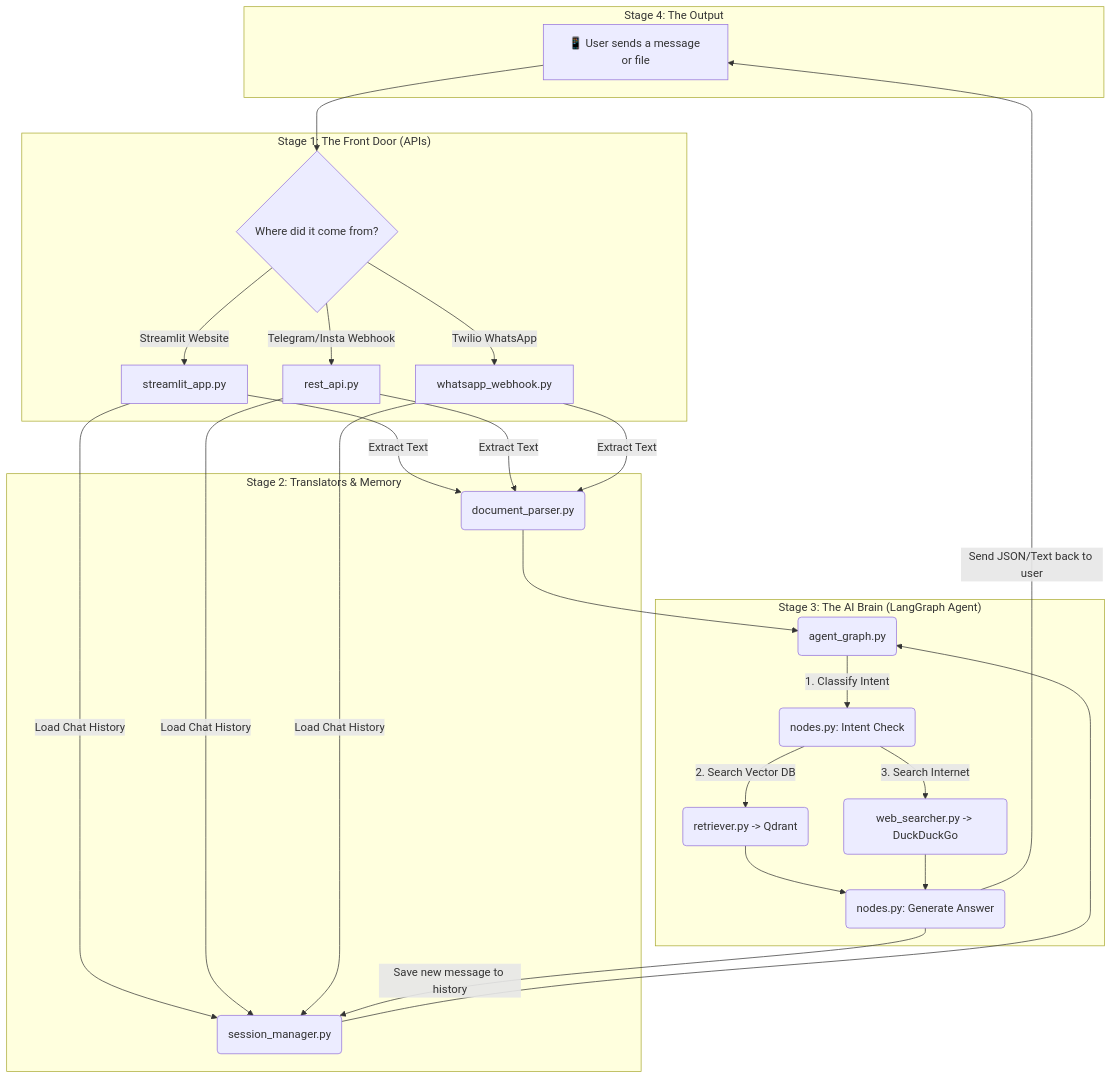
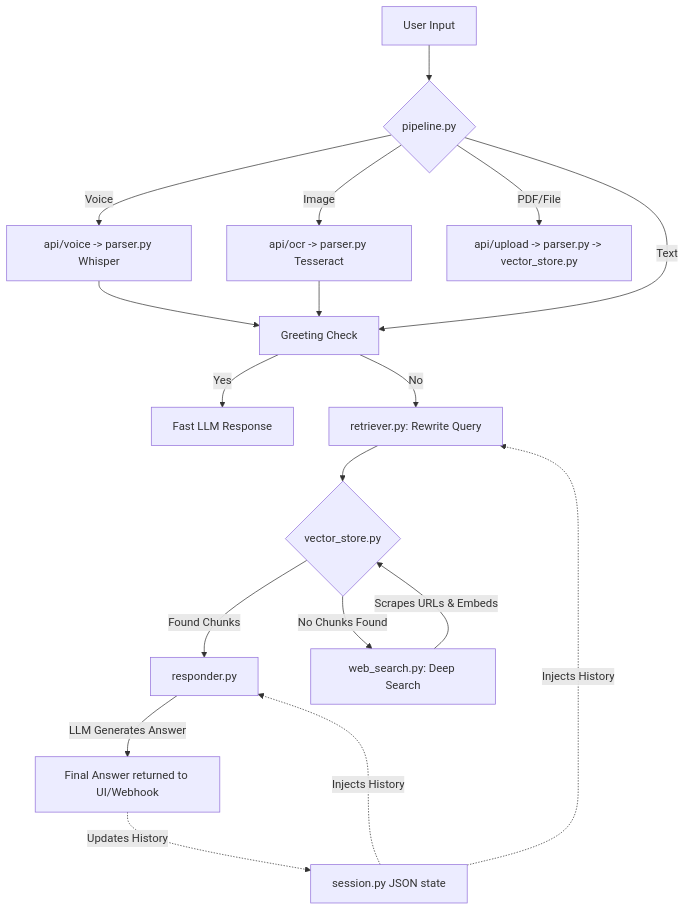
One commit to hatimsidhpurwala/Web-RAG changed the diagram in README.md. Above: the diagram before and after it, drawn with Mermaid. The commit also changed other lines of this file and 82 other files, not shown here.

Commit message:
feat: complete multi-user Web-RAG system with multi-model support and audio

````diff
--- a/README.md
+++ b/README.md
@@ -24,43 +76,29 @@
 ```mermaid
 graph TD
-    %% Users / Platforms
-    User[📱 User sends a message or file] --> FrontDoor
-
-    %% Stage 1: Front Door
-    subgraph "Stage 1: The Front Door (APIs)"
-        FrontDoor{Where did it come from?}
-        FrontDoor -->|Streamlit Website| UI[streamlit_app.py]
-        FrontDoor -->|Telegram/Insta Webhook| API[rest_api.py]
-        FrontDoor -->|Twilio WhatsApp| WA[whatsapp_webhook.py]
-    end
-
-    %% Stage 2: Processing
-    subgraph "Stage 2: Translators & Memory"
-        UI --> |Extract Text| Parser(document_parser.py)
-        API --> |Extract Text| Parser
-        WA --> |Extract Text| Parser
-        
-        UI --> |Load Chat History| Mem(session_manager.py)
-        API --> |Load Chat History| Mem
-        WA --> |Load Chat History| Mem
-    end
-
-    %% Stage 3: The Brain (LangGraph)
-    subgraph "Stage 3: The AI Brain (LangGraph Agent)"
-        Parser --> Brain(agent_graph.py)
-        Mem --> Brain
-        
-        Brain -->|1. Classify Intent| Nodes1(nodes.py: Intent Check)
-        Nodes1 -->|2. Search Vector DB| Retriever(retriever.py -> Qdrant)
-        Nodes1 -->|3. Search Internet| Web(web_searcher.py -> DuckDuckGo)
-        
-        Retriever --> Synthesizer(nodes.py: Generate Answer)
-        Web --> Synthesizer
-    end
-
-    %% Stage 4: Output
-    subgraph "Stage 4: The Output"
-        Synthesizer --> |Save new message to history| Mem
-        Synthesizer --> |Send JSON/Text back to user| User
-    end
+    A[User Input] --> B{pipeline.py}
+    
+    %% Input Routes
+    B -->|Voice| V[api/voice -> parser.py Whisper]
+    B -->|Image| I[api/ocr -> parser.py Tesseract]
+    B -->|PDF/File| F[api/upload -> parser.py -> vector_store.py]
+    B -->|Text| C[Greeting Check]
+    
+    %% Processing
+    V --> C
+    I --> C
+    
+    C -->|Yes| G[Fast LLM Response]
+    C -->|No| R[retriever.py: Rewrite Query]
+    
+    R --> S{vector_store.py}
+    S -->|Found Chunks| P[responder.py]
+    S -->|No Chunks Found| W[web_search.py: Deep Search]
+    
+    W -->|Scrapes URLs & Embeds| S
+    P -->|LLM Generates Answer| E[Final Answer returned to UI/Webhook]
+    
+    %% State Management
+    E -.->|Updates History| M[session.py JSON state]
+    M -.->|Injects History| R
+    M -.->|Injects History| P
 ```
````
